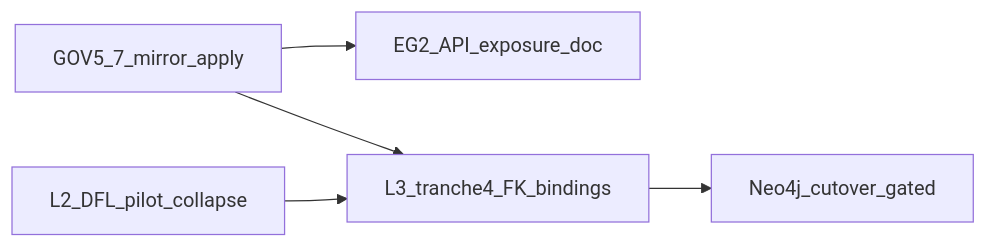
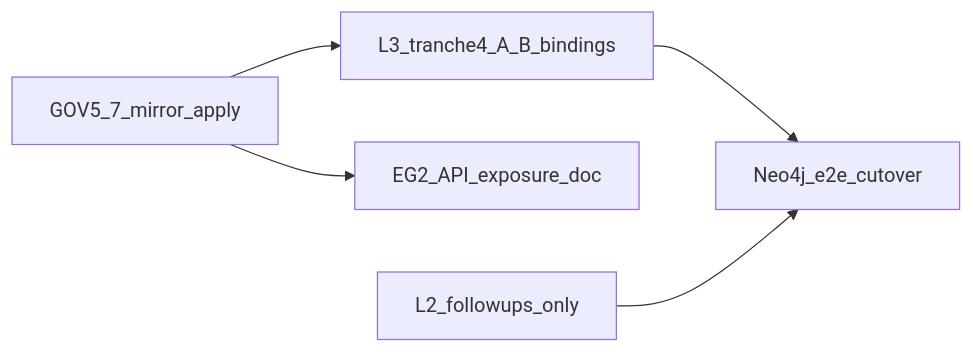
One commit to FraysaXII/openclaw-akos changed the diagram in docs/wip/planning/95-canonical-articulation-model/reports/i95-round2-lanes-research-synthesis-2026-06-09.md. Above: the diagram before and after it, drawn with Mermaid. The commit also changed other lines of this file and 5 other files, not shown here.

````diff
--- a/docs/wip/planning/95-canonical-articulation-model/reports/i95-round2-lanes-research-synthesis-2026-06-09.md
+++ b/docs/wip/planning/95-canonical-articulation-model/reports/i95-round2-lanes-research-synthesis-2026-06-09.md
@@ -343,13 +328,13 @@
 ```mermaid
 flowchart LR
   pendingMirror[GOV5_7_mirror_apply]
+  l3t4[L3_tranche4_A_B_bindings]
   eg2doc[EG2_API_exposure_doc]
-  l3t4[L3_tranche4_FK_bindings]
-  l2pilot[L2_DFL_pilot_collapse]
-  neo4j[Neo4j_cutover_gated]
+  l2follow[L2_followups_only]
+  neo4j[Neo4j_e2e_cutover]
 
+  pendingMirror --> l3t4
   pendingMirror --> eg2doc
-  pendingMirror --> l3t4
   l3t4 --> neo4j
-  l2pilot --> l3t4
+  l2follow --> neo4j
 ```
````
